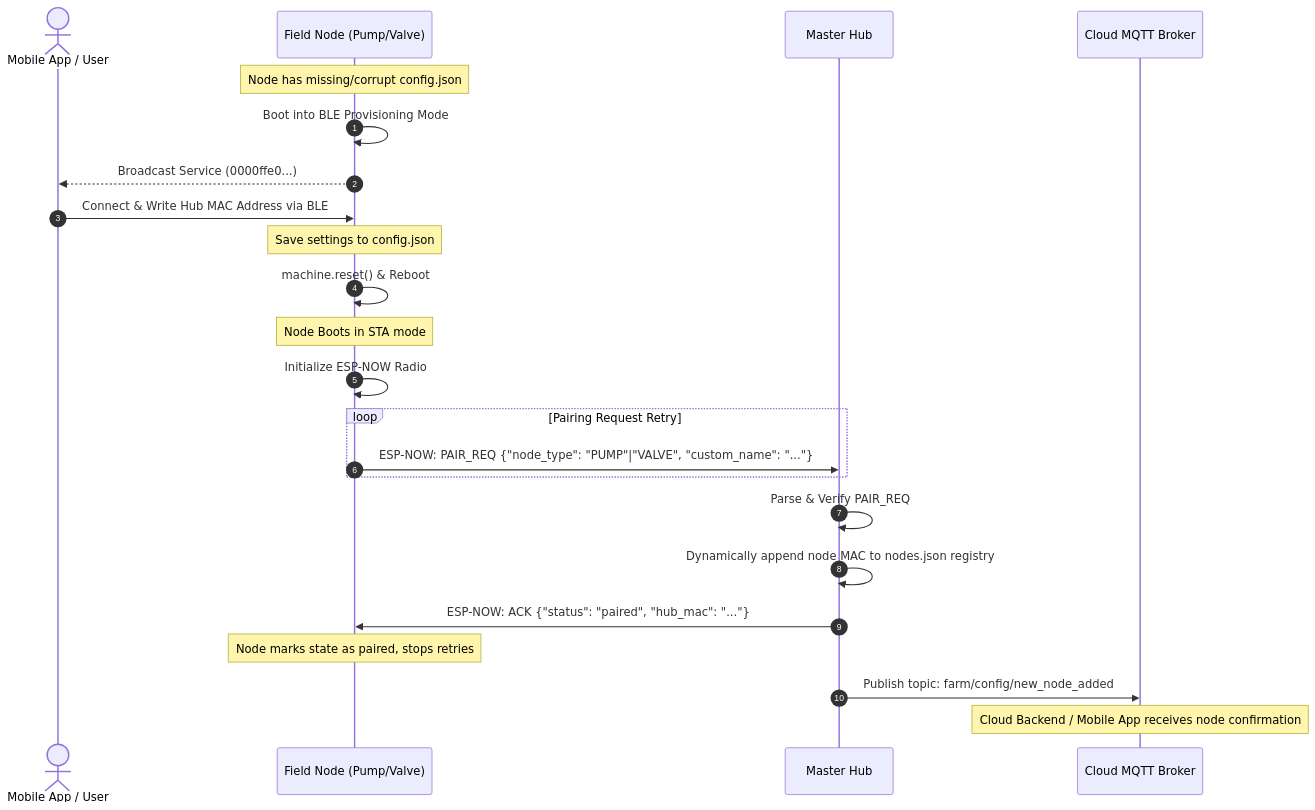
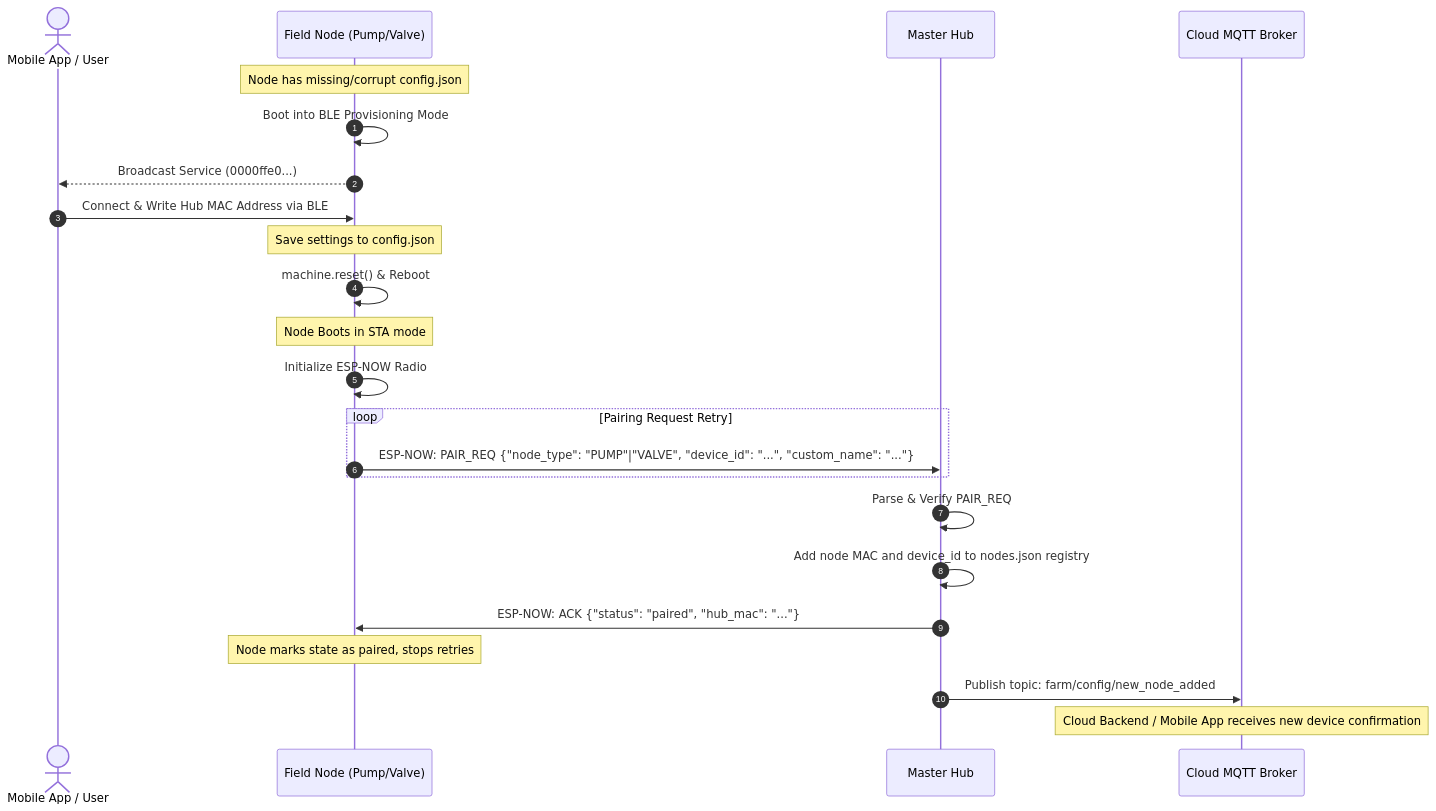
Before and after one commit to jb193y/esp32_projects: the diagram in pairing_flow.md, drawn with Mermaid. The commit also changed other lines of this file and 2 other files, not shown here.

````diff
--- a/pairing_flow.md
+++ b/pairing_flow.md
@@ -7,31 +7,31 @@
 ```mermaid
 sequenceDiagram
     autonumber
-    actor App as Mobile App / User
+    actor User as Mobile App / User
     participant Node as Field Node (Pump/Valve)
     participant Hub as Master Hub
     participant MQTT as Cloud MQTT Broker
 
     Note over Node: Node has missing/corrupt config.json
     Node->>Node: Boot into BLE Provisioning Mode
-    Node-->>App: Broadcast Service (0000ffe0...)
+    Node-->>User: Broadcast Service (0000ffe0...)
     
-    App->>Node: Connect & Write Hub MAC Address via BLE
+    User->>Node: Connect & Write Hub MAC Address via BLE
     Note over Node: Save settings to config.json
     Node->>Node: machine.reset() & Reboot
     
     Note over Node: Node Boots in STA mode
     Node->>Node: Initialize ESP-NOW Radio
     
     loop Pairing Request Retry
-        Node->>Hub: ESP-NOW: PAIR_REQ {"node_type": "PUMP"|"VALVE", "custom_name": "..."}
+        Node->>Hub: ESP-NOW: PAIR_REQ {"node_type": "PUMP"|"VALVE", "device_id": "...", "custom_name": "..."}
     end
     
     Hub->>Hub: Parse & Verify PAIR_REQ
-    Hub->>Hub: Dynamically append node MAC to nodes.json registry
+    Hub->>Hub: Add node MAC and device_id to nodes.json registry
     Hub->>Node: ESP-NOW: ACK {"status": "paired", "hub_mac": "..."}
     Note over Node: Node marks state as paired, stops retries
     
     Hub->>MQTT: Publish topic: farm/config/new_node_added
-    Note over MQTT: Cloud Backend / Mobile App receives node confirmation
+    Note over MQTT: Cloud Backend / Mobile App receives new device confirmation
 ```
````
